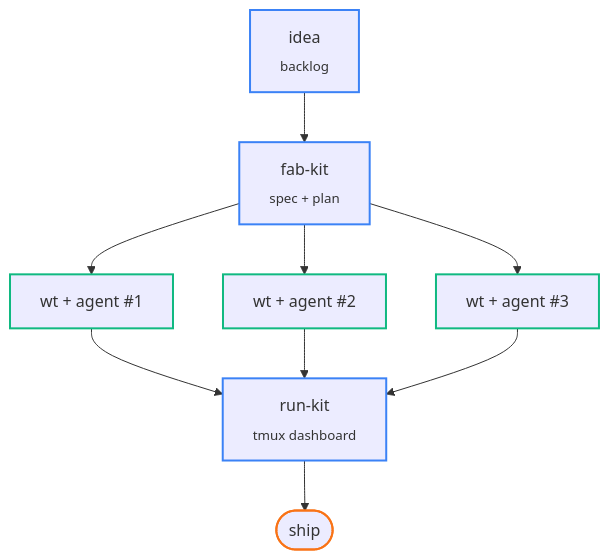
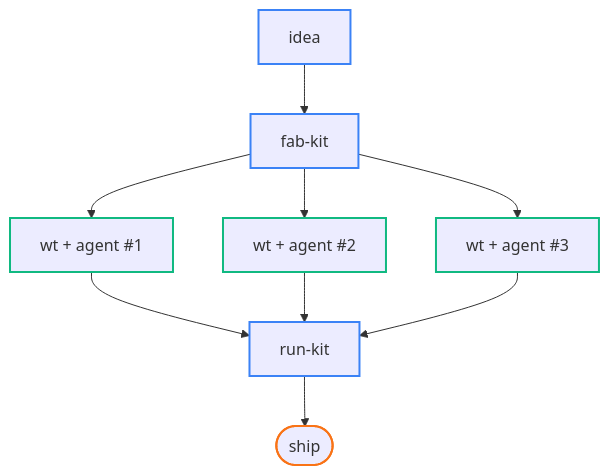
The first of 2 diagrams in README.md (sahil87/sahil87), drawn with Mermaid before and after one commit. The commit also changed other lines of this file, not shown here.

Commit message:
docs: drop <sub> subtitles that github mermaid was clipping
Subtitle text was overflowing the node box on github's renderer
("backlo", "spec + pla", "tmux dashboa", "cd between worktrees / r").
The prose below each diagram already names what every tool does, so
the inline subtitles were redundant anyway.

````diff
--- a/README.md
+++ b/README.md
@@ -29,18 +29,18 @@
 ```mermaid
 flowchart TB
-    idea["idea<br/><sub>backlog</sub>"] --> fab["fab-kit<br/><sub>spec + plan</sub>"]
+    idea["idea"] --> fab["fab-kit"]
     fab --> w1["wt + agent #1"]
     fab --> w2["wt + agent #2"]
     fab --> w3["wt + agent #3"]
-    w1 --> rk["run-kit<br/><sub>tmux dashboard</sub>"]
+    w1 --> rk["run-kit"]
     w2 --> rk
     w3 --> rk
     rk --> ship(["ship"])
 
     classDef tool stroke:#3b82f6,stroke-width:2px;
     classDef agent stroke:#10b981,stroke-width:2px;
     classDef ship stroke:#f97316,stroke-width:2px;
     class idea,fab,rk tool;
     class w1,w2,w3 agent;
     class ship ship;
 ```
````
